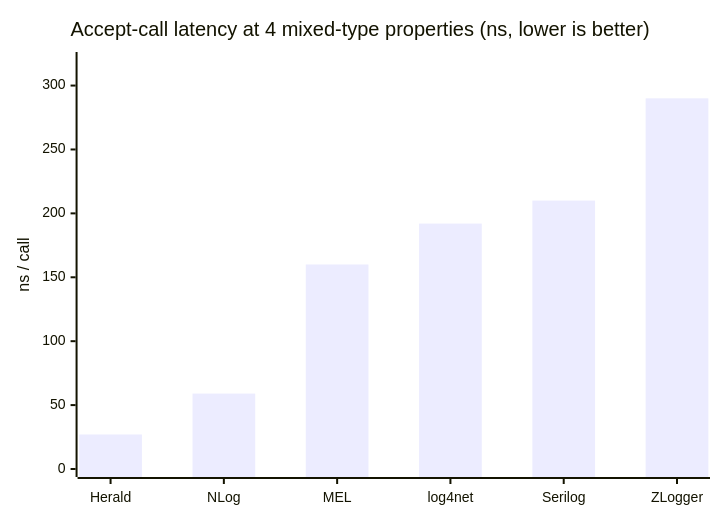
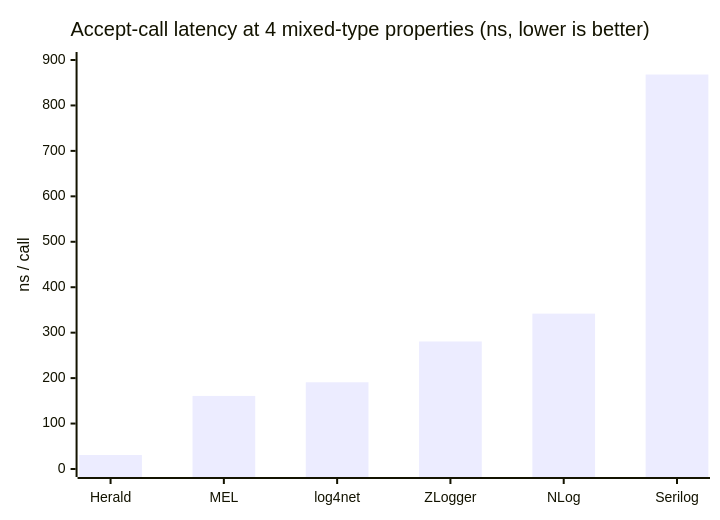
One commit to mmpworks/Herald.OSS changed the first of 5 diagrams in docs/benchmarks/consolidated-benchmarks.md. Above: the diagram before and after it, drawn with Mermaid. The commit also changed other lines of this file, not shown here.

````diff
--- a/docs/benchmarks/consolidated-benchmarks.md
+++ b/docs/benchmarks/consolidated-benchmarks.md
@@ -68,7 +82,7 @@
 ```mermaid
 xychart-beta
     title "Accept-call latency at 4 mixed-type properties (ns, lower is better)"
-    x-axis ["Herald", "NLog", "MEL", "log4net", "Serilog", "ZLogger"]
-    y-axis "ns / call" 0 --> 320
-    bar [27, 59, 160, 192, 210, 290]
+    x-axis ["Herald", "MEL", "log4net", "ZLogger", "NLog", "Serilog"]
+    y-axis "ns / call" 0 --> 900
+    bar [30.73, 160.80, 190.8, 280.6, 341.87, 868.07]
 ```
````
